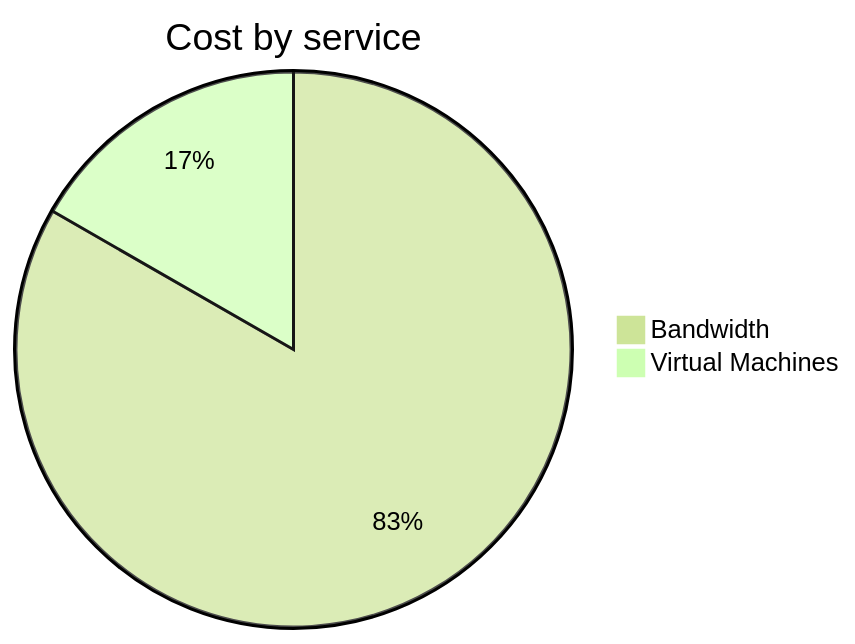
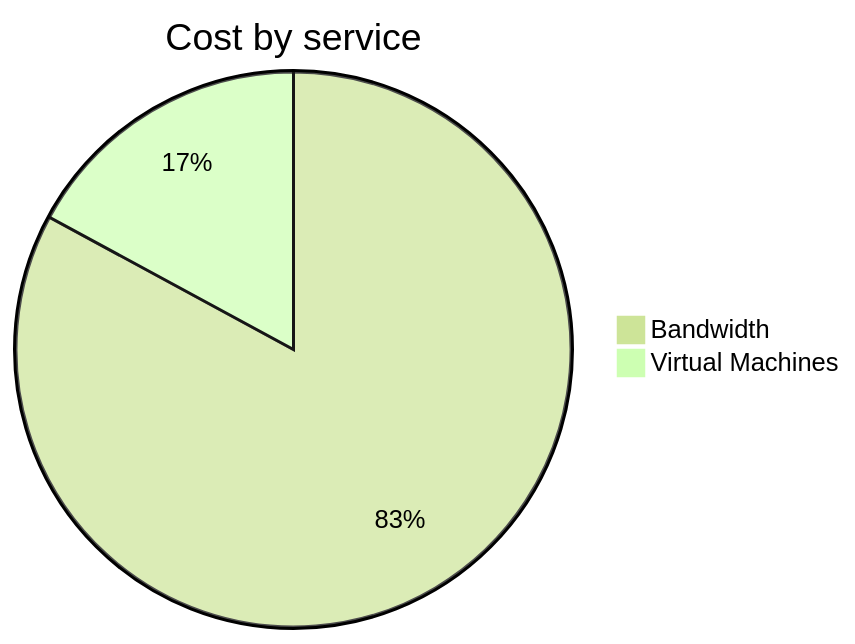
Before and after one commit to jpfulton/azure-personal-reports: the second of 4 diagrams in cost-reports/personal-network/vpn-server.md, drawn with Mermaid (forest theme). The commit also changed other lines of this file and 8 other files, not shown here.

````diff
--- a/cost-reports/personal-network/vpn-server.md
+++ b/cost-reports/personal-network/vpn-server.md
@@ -92,6 +92,6 @@
 ```mermaid
 pie
    title Cost by service
-   "Bandwidth" : 3.74
-   "Virtual Machines" : 0.75
+   "Bandwidth" : 4.51
+   "Virtual Machines" : 0.93
 ```
````
